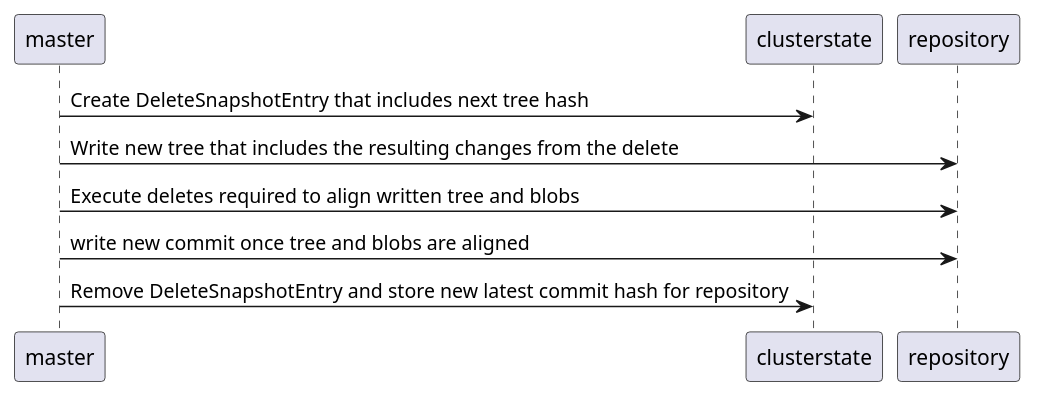
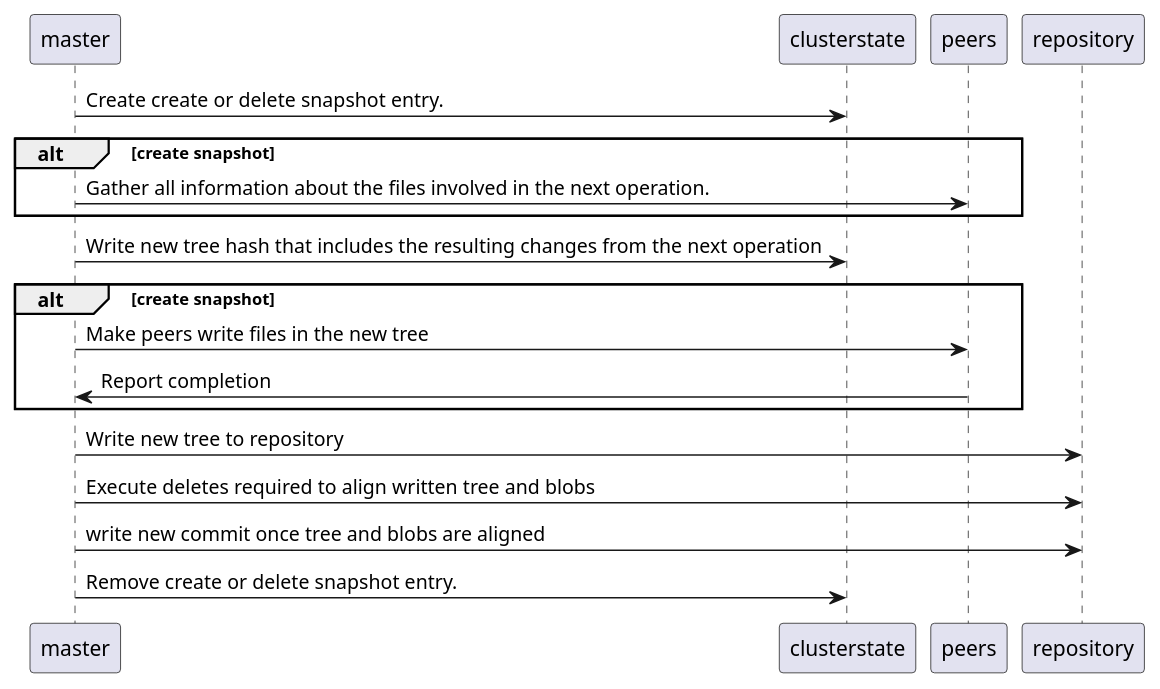
The diagram in snapshot-create.puml (original-brownbear/elasticsearch), drawn with PlantUML before and after one commit.

Commit message:
aio diagram

```diff
--- a/snapshot-create.puml
+++ b/snapshot-create.puml
@@ -1,12 +1,16 @@
 @startuml
 
-master -> clusterstate: Create DeleteSnapshotEntry that includes next\
- tree hash
-master -> repository: Write new tree that includes the resulting changes\
- from the delete
+master -> clusterstate: Create create or delete snapshot entry.
+alt create snapshot
+master -> peers: Gather all information about the files involved in the next operation.
+end
+master -> clusterstate: Write new tree hash that includes the resulting changes from the next operation
+alt create snapshot
+master -> peers: Make peers write files in the new tree
+master <- peers: Report completion
+end
+master -> repository: Write new tree to repository
 master -> repository: Execute deletes required to align written tree and blobs
 master -> repository: write new commit once tree and blobs are aligned
-master -> clusterstate: Remove DeleteSnapshotEntry and store new latest \
-commit hash for repository
-
+master -> clusterstate: Remove create or delete snapshot entry.
 @enduml
```
